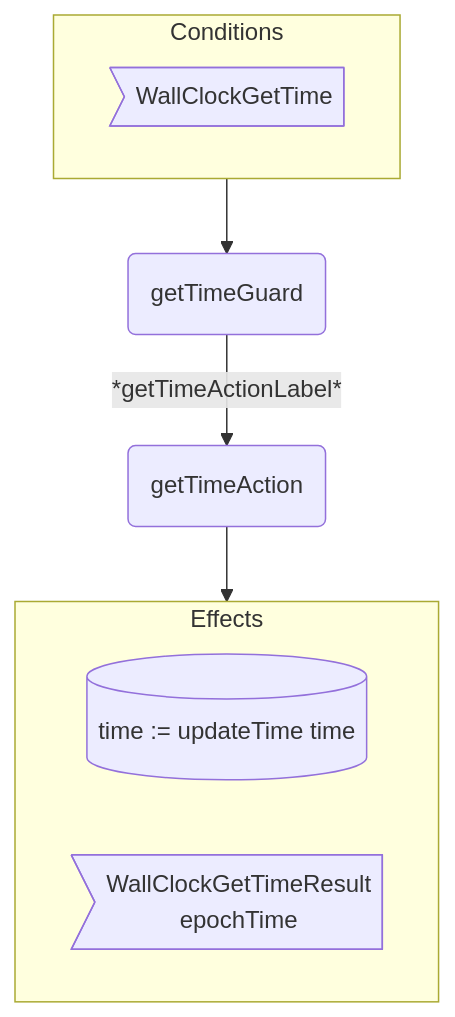
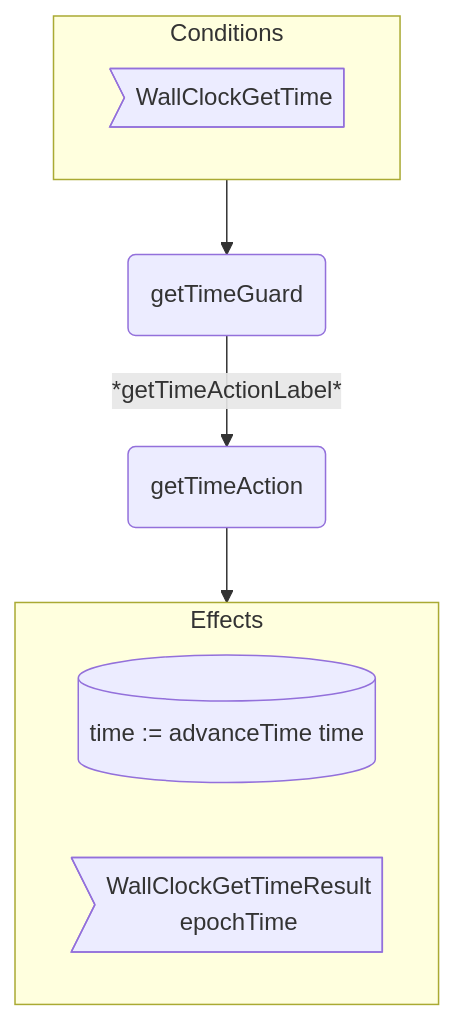
The diagram in docs/arch/node/engines/wall_clock_behaviour.juvix.md (anoma/nspec), drawn with Mermaid before and after one commit. The commit also changed other lines of this file and 2 other files, not shown here.

````diff
--- a/docs/arch/node/engines/wall_clock_behaviour.juvix.md
+++ b/docs/arch/node/engines/wall_clock_behaviour.juvix.md
@@ -317,16 +317,16 @@
 ```mermaid
 flowchart TD
   subgraph C[Conditions]
     CMsg>WallClockGetTime]
   end
 
   G(getTimeGuard)
   A(getTimeAction)
 
   C --> G -- *getTimeActionLabel* --> A --> E
 
   subgraph E[Effects]
-    EEnv[(time := updateTime time)]
+    EEnv[(time := advanceTime time)]
     EMsg>WallClockGetTimeResult<br/>epochTime]
   end
 ```
````
